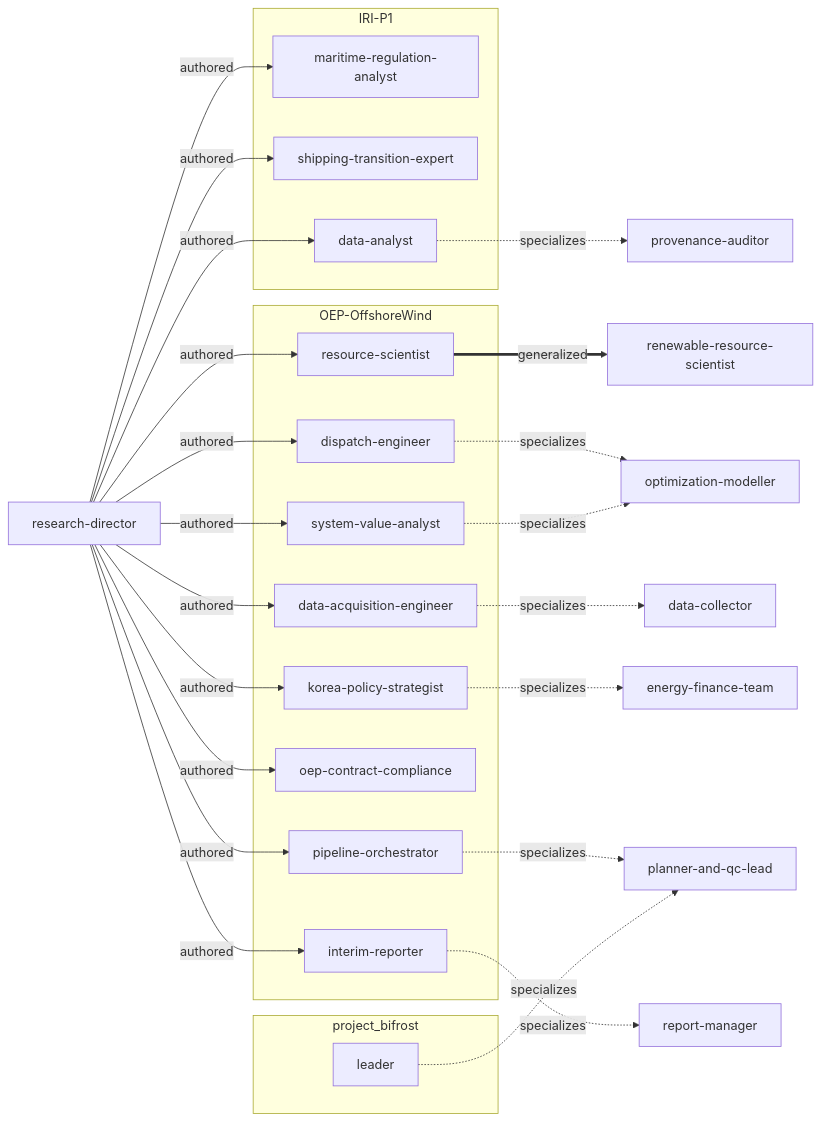
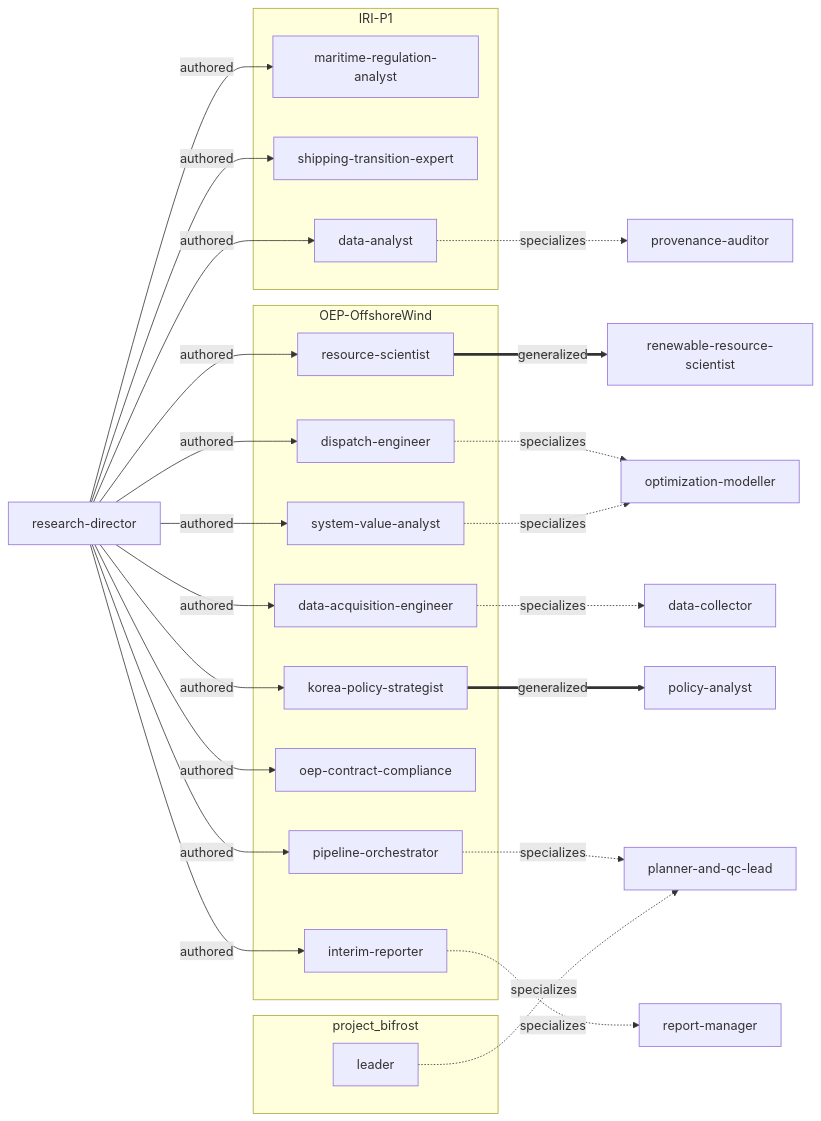
One commit to iam-hongsanghyun/claude-agents changed the second of 2 diagrams in agents/ONTOLOGY.md. Above: the diagram before and after it, drawn with Mermaid. The commit also changed other lines of this file and 21 other files, not shown here.

First line of the commit message:
feat(agents): ir-disclosure-analyst, transport-emissions-reviewer, esg-disclosure-analyst, policy-analyst

````diff
--- a/agents/ONTOLOGY.md
+++ b/agents/ONTOLOGY.md
@@ -124,49 +138,49 @@
 ```mermaid
 flowchart LR
   subgraph P_IRI_P1["IRI-P1"]
     maritime_regulation_analyst["maritime-regulation-analyst"]
     shipping_transition_expert["shipping-transition-expert"]
     data_analyst["data-analyst"]
   end
   subgraph P_OEP_OffshoreWind["OEP-OffshoreWind"]
     resource_scientist["resource-scientist"]
     system_value_analyst["system-value-analyst"]
     dispatch_engineer["dispatch-engineer"]
     data_acquisition_engineer["data-acquisition-engineer"]
     korea_policy_strategist["korea-policy-strategist"]
     oep_contract_compliance["oep-contract-compliance"]
     pipeline_orchestrator["pipeline-orchestrator"]
     interim_reporter["interim-reporter"]
   end
   subgraph P_project_bifrost["project_bifrost"]
     leader["leader"]
   end
   data_collector["data-collector"]
-  energy_finance_team["energy-finance-team"]
   optimization_modeller["optimization-modeller"]
   planner_and_qc_lead["planner-and-qc-lead"]
+  policy_analyst["policy-analyst"]
   provenance_auditor["provenance-auditor"]
   renewable_resource_scientist["renewable-resource-scientist"]
   report_manager["report-manager"]
   research_director["research-director"]
   research_director -->|authored| maritime_regulation_analyst
   research_director -->|authored| shipping_transition_expert
   research_director -->|authored| data_analyst
   research_director -->|authored| resource_scientist
   research_director -->|authored| system_value_analyst
   research_director -->|authored| dispatch_engineer
   research_director -->|authored| data_acquisition_engineer
   research_director -->|authored| korea_policy_strategist
   research_director -->|authored| oep_contract_compliance
   research_director -->|authored| pipeline_orchestrator
   research_director -->|authored| interim_reporter
   resource_scientist ==>|generalized| renewable_resource_scientist
   data_acquisition_engineer -.->|specializes| data_collector
   dispatch_engineer -.->|specializes| optimization_modeller
   system_value_analyst -.->|specializes| optimization_modeller
   data_analyst -.->|specializes| provenance_auditor
   interim_reporter -.->|specializes| report_manager
-  korea_policy_strategist -.->|specializes| energy_finance_team
+  korea_policy_strategist ==>|generalized| policy_analyst
   pipeline_orchestrator -.->|specializes| planner_and_qc_lead
   leader -.->|specializes| planner_and_qc_lead
 ```
````
